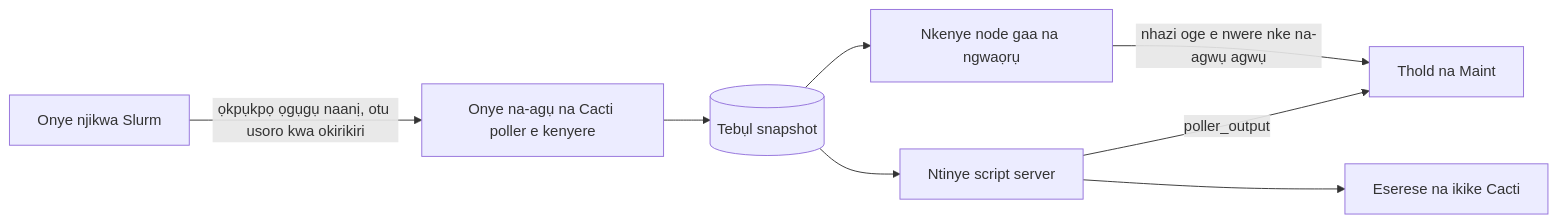
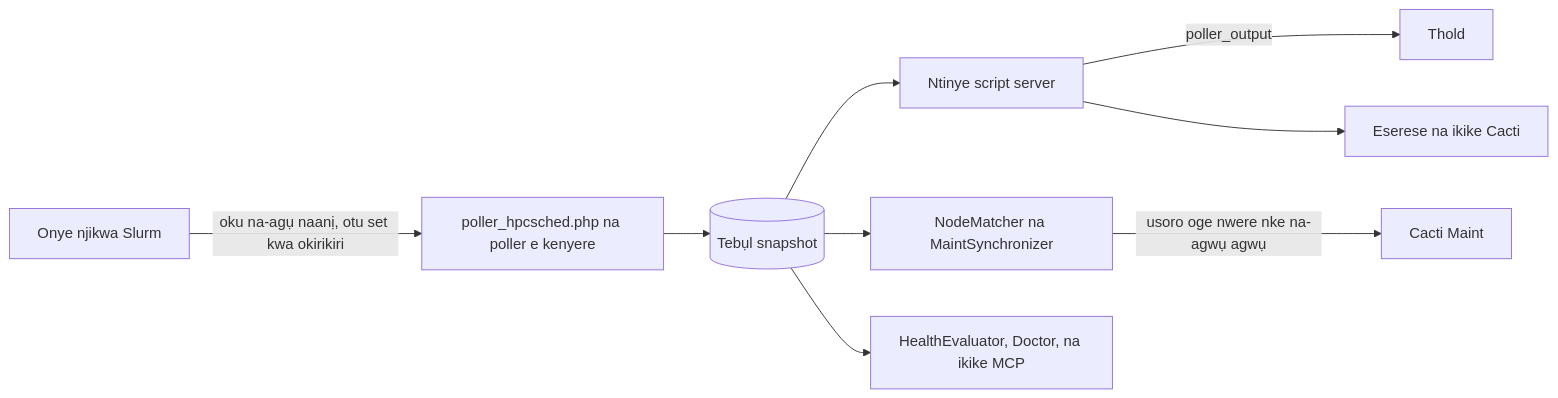
The diagram in docs/i18n/ig-NG/README.md (somethingwithproof/plugin_hpcsched), drawn with Mermaid before and after one commit. The commit also changed other lines of this file and 48 other files, not shown here.

````diff
--- a/docs/i18n/ig-NG/README.md
+++ b/docs/i18n/ig-NG/README.md
@@ -102,10 +163,11 @@
 ```mermaid
 flowchart LR
-    S[Onye njikwa Slurm] -->|ọkpụkpọ ọgụgụ naanị, otu usoro kwa okirikiri| R[Onye na-agụ na Cacti poller e kenyere]
+    S[Onye njikwa Slurm] -->|oku na-agụ naanị, otu set kwa okirikiri| R[poller_hpcsched.php na poller e kenyere]
     R --> SNAP[(Tebụl snapshot)]
     SNAP --> SS[Ntinye script server]
-    SS -->|poller_output| T[Thold na Maint]
+    SS -->|poller_output| T[Thold]
     SS --> G[Eserese na ikike Cacti]
-    SNAP --> MAP[Nkenye node gaa na ngwaọrụ]
-    MAP -->|nhazi oge e nwere nke na-agwụ agwụ| T
+    SNAP --> MAP[NodeMatcher na MaintSynchronizer]
+    MAP -->|usoro oge nwere nke na-agwụ agwụ| M[Cacti Maint]
+    SNAP --> H[HealthEvaluator, Doctor, na ikike MCP]
 ```
````
